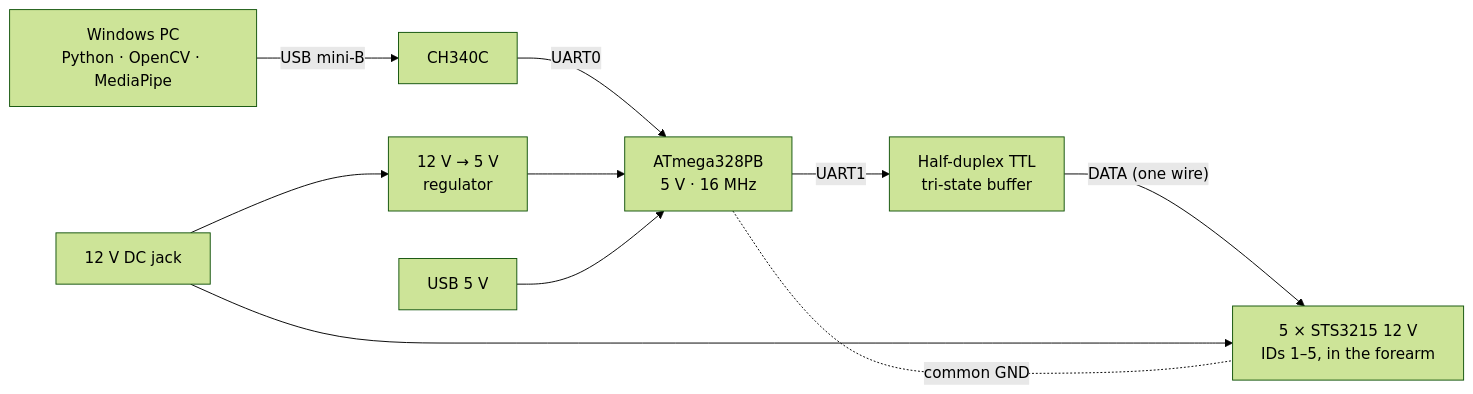
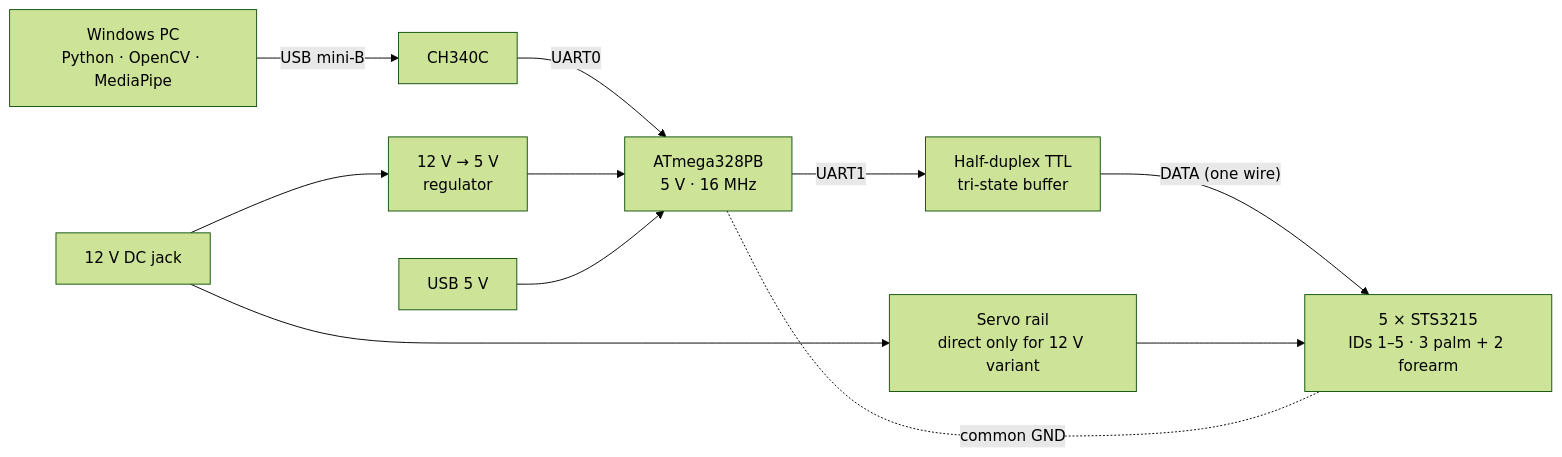
The first of 2 diagrams in README.md (incom8134-web/robot-hand), drawn with Mermaid (forest theme) before and after one commit. The commit also changed other lines of this file and 105 other files, not shown here.

Commit message:
Add STS3215 modified i2 palm (cad/current_palm), Codex A_servos_in_palm, references, AGENTS.md; remove old ES08MA prototype

````diff
--- a/README.md
+++ b/README.md
@@ -43,12 +43,13 @@
 ```mermaid
 flowchart LR
     PC["Windows PC<br/>Python · OpenCV · MediaPipe"] -- "USB mini-B" --> CH[CH340C]
     CH -- UART0 --> MCU["ATmega328PB<br/>5 V · 16 MHz"]
     MCU -- UART1 --> BUF["Half-duplex TTL<br/>tri-state buffer"]
-    BUF -- "DATA (one wire)" --> SERVO["5 × STS3215 12 V<br/>IDs 1–5, in the forearm"]
-    JACK["12 V DC jack"] --> SERVO
+    BUF -- "DATA (one wire)" --> SERVO["5 × STS3215<br/>IDs 1–5 · 3 palm + 2 forearm"]
+    JACK["12 V DC jack"] --> RAIL["Servo rail<br/>direct only for 12 V variant"]
+    RAIL --> SERVO
     JACK --> REG["12 V → 5 V<br/>regulator"]
     REG --> MCU
     USB5["USB 5 V"] --> MCU
     MCU -. "common GND" .- SERVO
 ```
````
